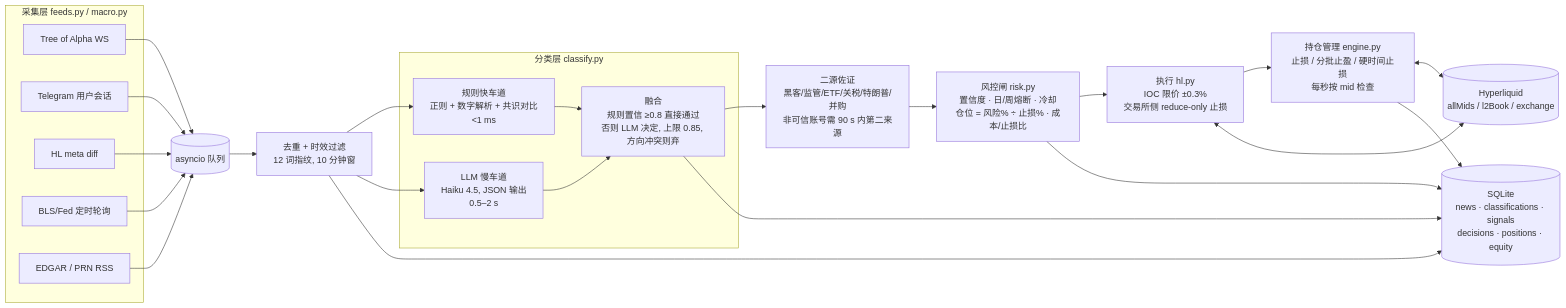
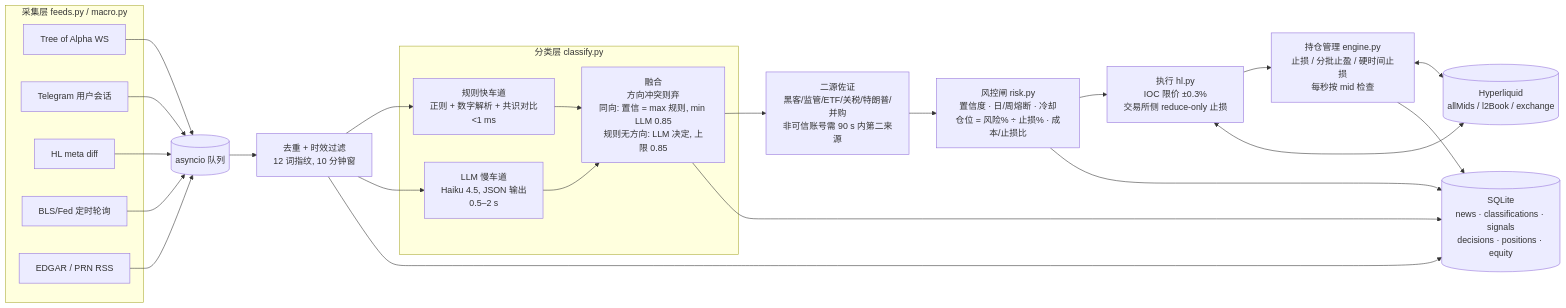
The second of 2 diagrams in docs/HL-news-bot-design.md (yanboishere/hl-news-bot), drawn with Mermaid before and after one commit. The commit also changed other lines of this file and 5 other files, not shown here.

````diff
--- a/docs/HL-news-bot-design.md
+++ b/docs/HL-news-bot-design.md
@@ -170,40 +170,40 @@
 ```mermaid
 flowchart LR
     subgraph Feeds[采集层 feeds.py / macro.py]
         TOA[Tree of Alpha WS]
         TG[Telegram 用户会话]
         HLL[HL meta diff]
         BLS[BLS/Fed 定时轮询]
         EDG[EDGAR / PRN RSS]
     end
     Q[(asyncio 队列)]
     DD[去重 + 时效过滤<br/>12 词指纹, 10 分钟窗]
     subgraph Classify[分类层 classify.py]
         R[规则快车道<br/>正则 + 数字解析 + 共识对比<br/>&lt;1 ms]
         L[LLM 慢车道<br/>Haiku 4.5, JSON 输出<br/>0.5–2 s]
-        FU[融合<br/>规则置信 ≥0.8 直接通过<br/>否则 LLM 决定, 上限 0.85, 方向冲突则弃]
+        FU[融合<br/>方向冲突则弃<br/>同向: 置信 = max 规则, min LLM 0.85<br/>规则无方向: LLM 决定, 上限 0.85]
     end
     COR[二源佐证<br/>黑客/监管/ETF/关税/特朗普/并购<br/>非可信账号需 90 s 内第二来源]
     RISK[风控闸 risk.py<br/>置信度 · 日/周熔断 · 冷却<br/>仓位 = 风险% ÷ 止损% · 成本/止损比]
     EXE[执行 hl.py<br/>IOC 限价 ±0.3%<br/>交易所侧 reduce-only 止损]
     PM[持仓管理 engine.py<br/>止损 / 分批止盈 / 硬时间止损<br/>每秒按 mid 检查]
     DB[(SQLite<br/>news · classifications · signals<br/>decisions · positions · equity)]
     HL[(Hyperliquid<br/>allMids / l2Book / exchange)]
 
     TOA --> Q
     TG --> Q
     HLL --> Q
     BLS --> Q
     EDG --> Q
     Q --> DD --> R
     DD --> L
     R --> FU
     L --> FU
     FU --> COR --> RISK --> EXE --> PM
     EXE <--> HL
     PM <--> HL
     DD --> DB
     FU --> DB
     RISK --> DB
     PM --> DB
 ```
````
